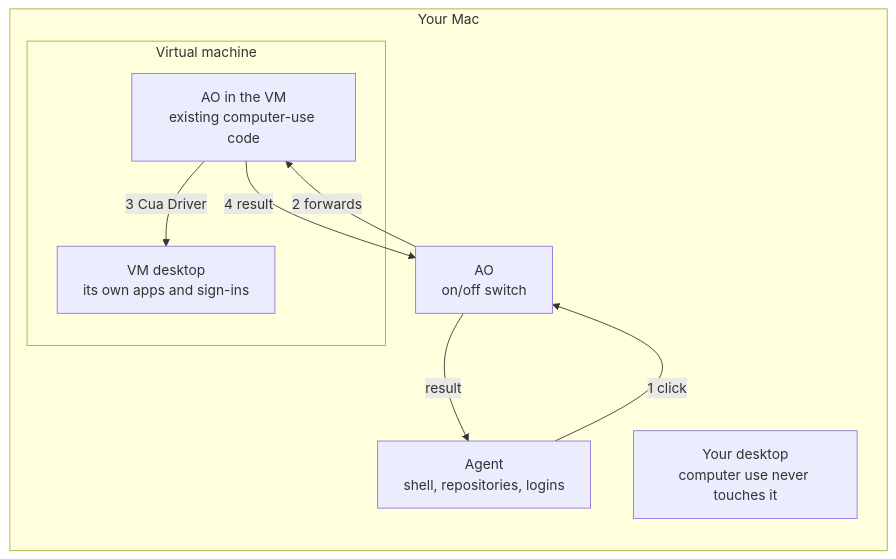
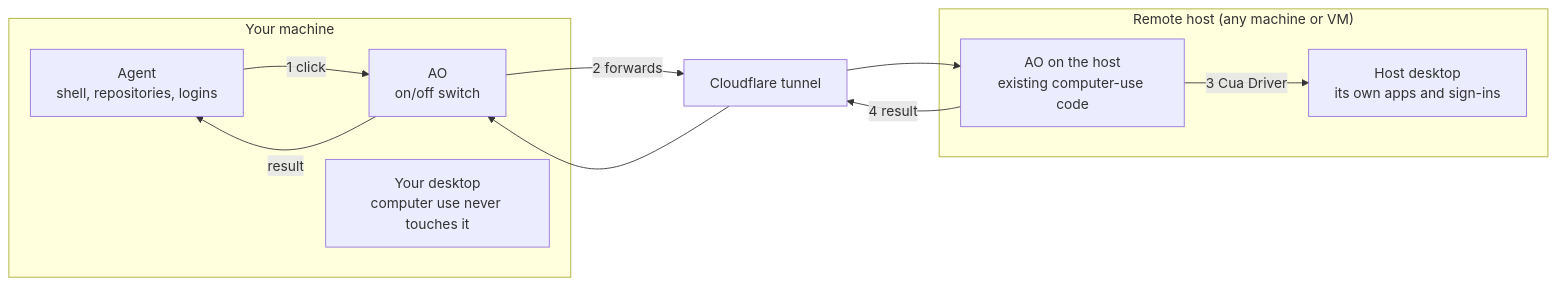
One commit to OrchestratorInc/agent-orchestrator changed the diagram in docs/plans/2026-11-11-computer-use-vms.md. Above: the diagram before and after it, drawn with Mermaid. The commit also changed other lines of this file, not shown here.

First line of the commit message:
docs(computer-use): run computer-use calls on any remote host

````diff
--- a/docs/plans/2026-11-11-computer-use-vms.md
+++ b/docs/plans/2026-11-11-computer-use-vms.md
@@ -31,17 +21,19 @@
 ```mermaid
 flowchart LR
-  subgraph mac["Your Mac"]
+  subgraph you["Your machine"]
     agent["Agent<br/>shell, repositories, logins"]
     ao["AO<br/>on/off switch"]
     desk["Your desktop<br/>computer use never touches it"]
-    subgraph vm["Virtual machine"]
-      vmao["AO in the VM<br/>existing computer-use code"]
-      vmdesk["VM desktop<br/>its own apps and sign-ins"]
-    end
+  end
+  cf["Cloudflare tunnel"]
+  subgraph host["Remote host (any machine or VM)"]
+    hostao["AO on the host<br/>existing computer-use code"]
+    hostdesk["Host desktop<br/>its own apps and sign-ins"]
   end
   agent -- "1 click" --> ao
-  ao -- "2 forwards" --> vmao
-  vmao -- "3 Cua Driver" --> vmdesk
-  vmao -- "4 result" --> ao
+  ao -- "2 forwards" --> cf --> hostao
+  hostao -- "3 Cua Driver" --> hostdesk
+  hostao -- "4 result" --> cf
+  cf --> ao
   ao -- "result" --> agent
 ```
````
